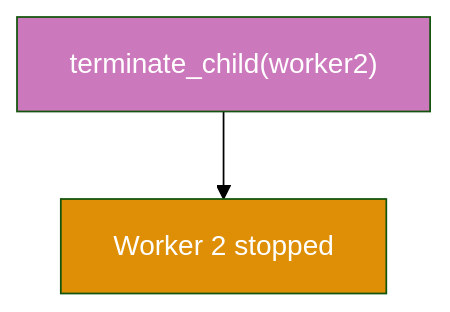
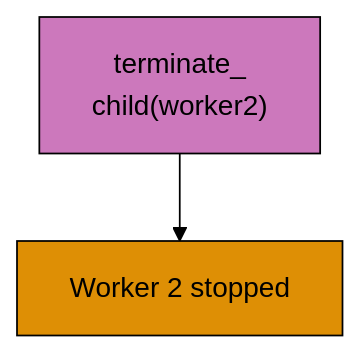
The tenth of 24 diagrams in apps/ayokoding-www/content/en/learn/legacy/software-engineering/programming-languages/elixir/by-example/advanced.md (wahidyankf/ose-public), drawn with Mermaid (forest theme) before and after one commit. The commit also changed other lines of this file and 112 other files, not shown here.

First line of the commit message:
fix(mermaid): bring the legacy programming-languages diagrams onto the accessible palette

````diff
--- a/apps/ayokoding-www/content/en/learn/legacy/software-engineering/programming-languages/elixir/by-example/advanced.md
+++ b/apps/ayokoding-www/content/en/learn/legacy/software-engineering/programming-languages/elixir/by-example/advanced.md
@@ -1550,7 +1612,12 @@
 ```mermaid
 graph TD
-    Terminate["terminate_child#40;worker2#41;"] --> Remove["Worker 2 stopped"]
+    accTitle: Example 68: Dynamic Supervisors
+    accDescr: Graph with 2 nodes and 1 connections. Nodes: terminate_ child40worker241, Worker 2 stopped. Connections: terminate_ child40worker241 to Worker 2 stopped.
+    Terminate["terminate_<br/>child#40;worker2#41;"] --> Remove["Worker 2 stopped"]
 
-    style Terminate fill:#CC78BC,color:#fff
-    style Remove fill:#DE8F05,color:#fff
+    classDef pal-CC78BC fill:#CC78BC,stroke:#000000,color:#000000
+    class Terminate pal-CC78BC
+    classDef pal-DE8F05 fill:#DE8F05,stroke:#000000,color:#000000
+    class Remove pal-DE8F05
+    classDef default fill:#0173B2,stroke:#000000,color:#FFFFFF
 ```
````
